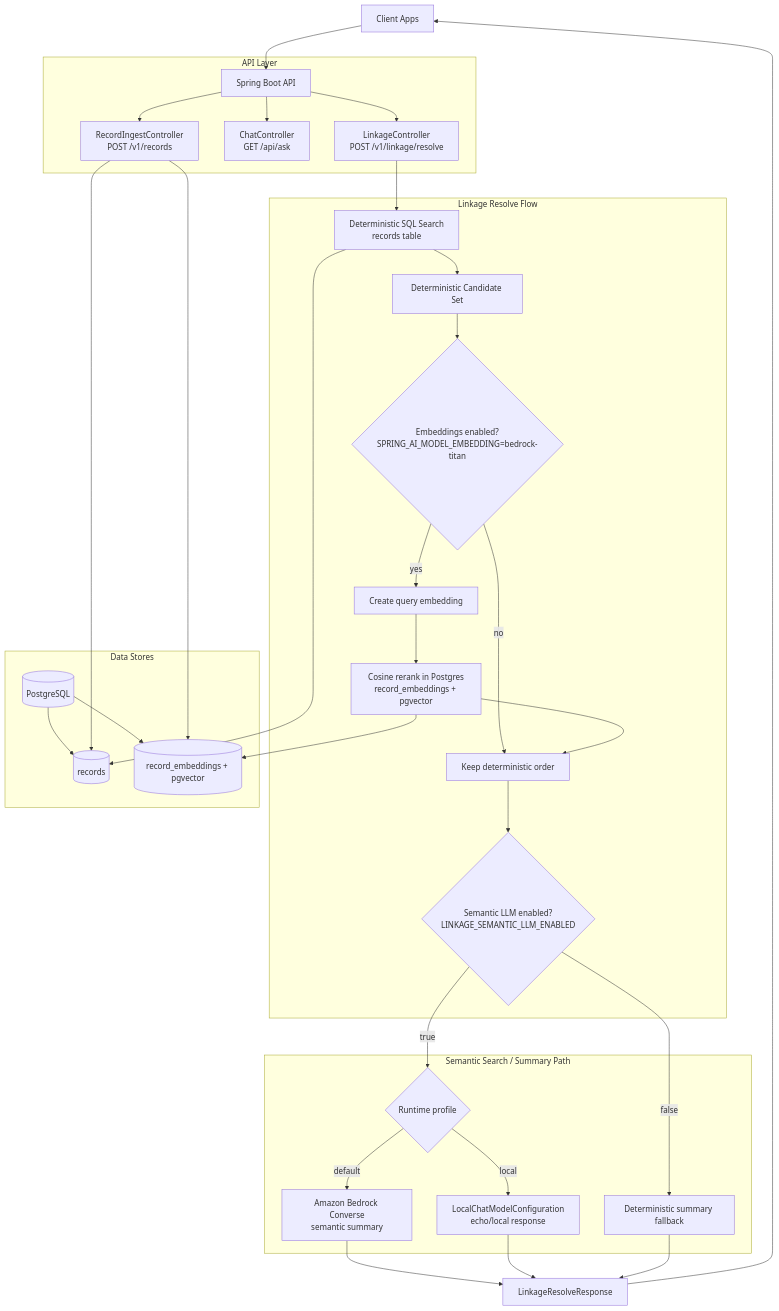
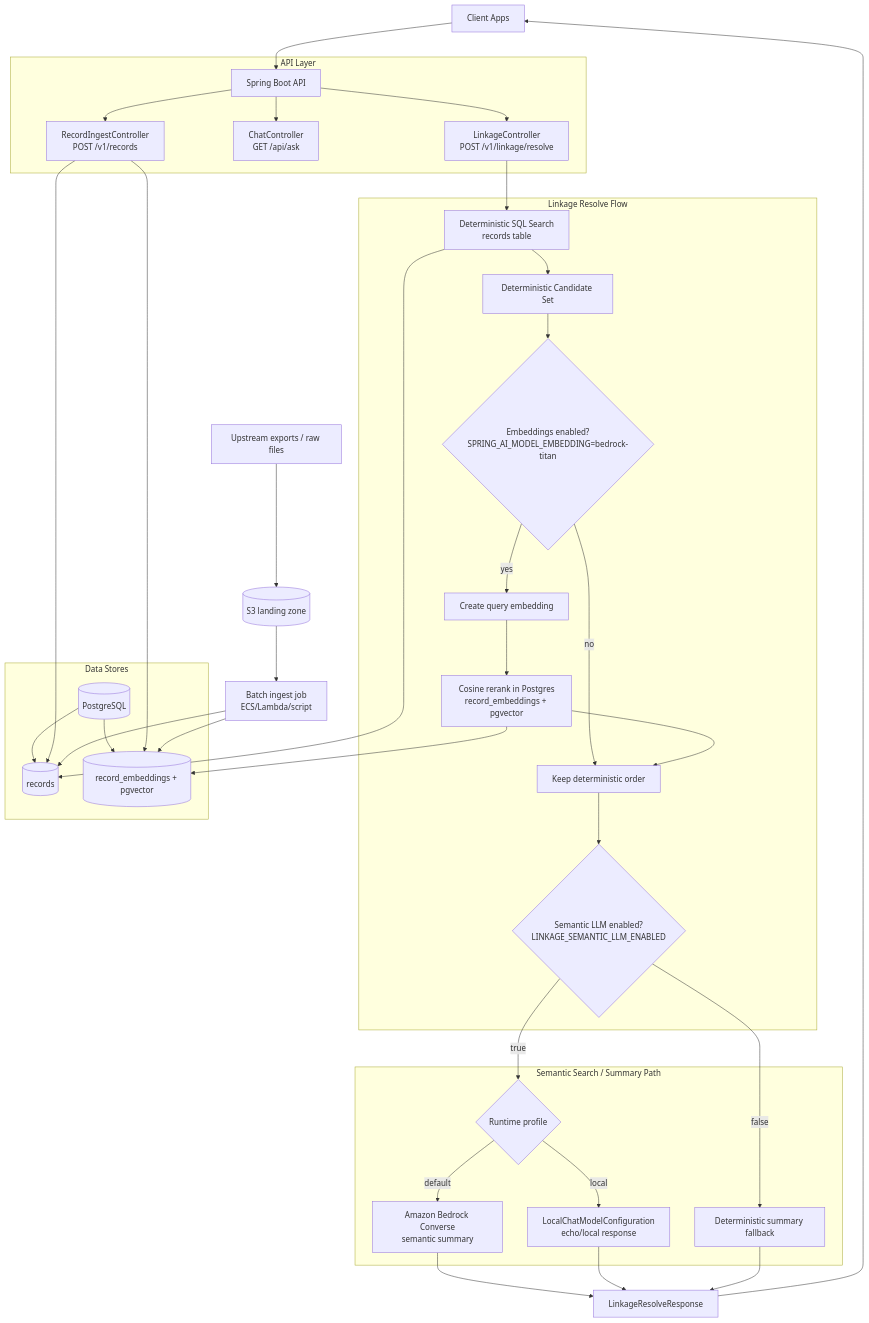
One commit to sbecker11/linkage-engine changed the first of 2 diagrams in docs/ARCHITECTURE.md. Above: the diagram before and after it, drawn with Mermaid. The commit also changed other lines of this file and 1 other file, not shown here.

````diff
--- a/docs/ARCHITECTURE.md
+++ b/docs/ARCHITECTURE.md
@@ -18,46 +18,50 @@
 ```mermaid
 flowchart TD
     C[Client Apps] --> API[Spring Boot API]
+    UP[Upstream exports / raw files] --> S3[(S3 landing zone)]
+    S3 --> BI[Batch ingest job<br/>ECS/Lambda/script]
 
     subgraph API_Layer[API Layer]
         API --> LC[LinkageController<br/>POST /v1/linkage/resolve]
         API --> CC[ChatController<br/>GET /api/ask]
         API --> RC[RecordIngestController<br/>POST /v1/records]
     end
 
     subgraph Core_Flow[Linkage Resolve Flow]
         LC --> SQL[Deterministic SQL Search<br/>records table]
         SQL --> CANDS[Deterministic Candidate Set]
         CANDS --> VR{Embeddings enabled?<br/>SPRING_AI_MODEL_EMBEDDING=bedrock-titan}
         VR -- yes --> EMBQ[Create query embedding]
         EMBQ --> VSQL[Cosine rerank in Postgres<br/>record_embeddings + pgvector]
         VR -- no --> RANK[Keep deterministic order]
         VSQL --> RANK
         RANK --> SEMA{Semantic LLM enabled?<br/>LINKAGE_SEMANTIC_LLM_ENABLED}
     end
 
     subgraph Semantic_Path[Semantic Search / Summary Path]
         SEMA -- false --> DSUM[Deterministic summary fallback]
         SEMA -- true --> PROFILE{Runtime profile}
         PROFILE -- local --> LLMLOCAL[LocalChatModelConfiguration<br/>echo/local response]
         PROFILE -- default --> BEDROCK[Amazon Bedrock Converse<br/>semantic summary]
     end
 
     subgraph Data_Stores[Data Stores]
         PGS[(PostgreSQL)]
         REC[(records)]
         RE[(record_embeddings + pgvector)]
         PGS --> REC
         PGS --> RE
     end
 
     SQL --> REC
     VSQL --> RE
     RC --> REC
     RC --> RE
+    BI --> REC
+    BI --> RE
 
     BEDROCK --> OUT[LinkageResolveResponse]
     LLMLOCAL --> OUT
     DSUM --> OUT
     OUT --> C
 ```
````
